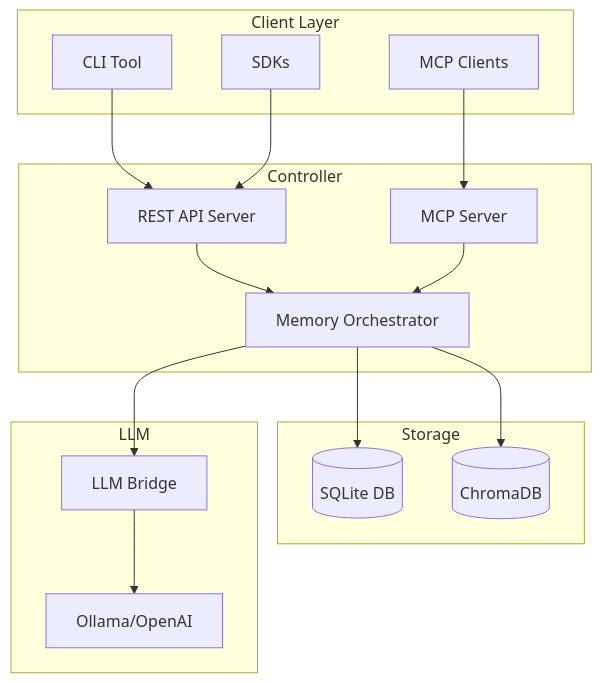
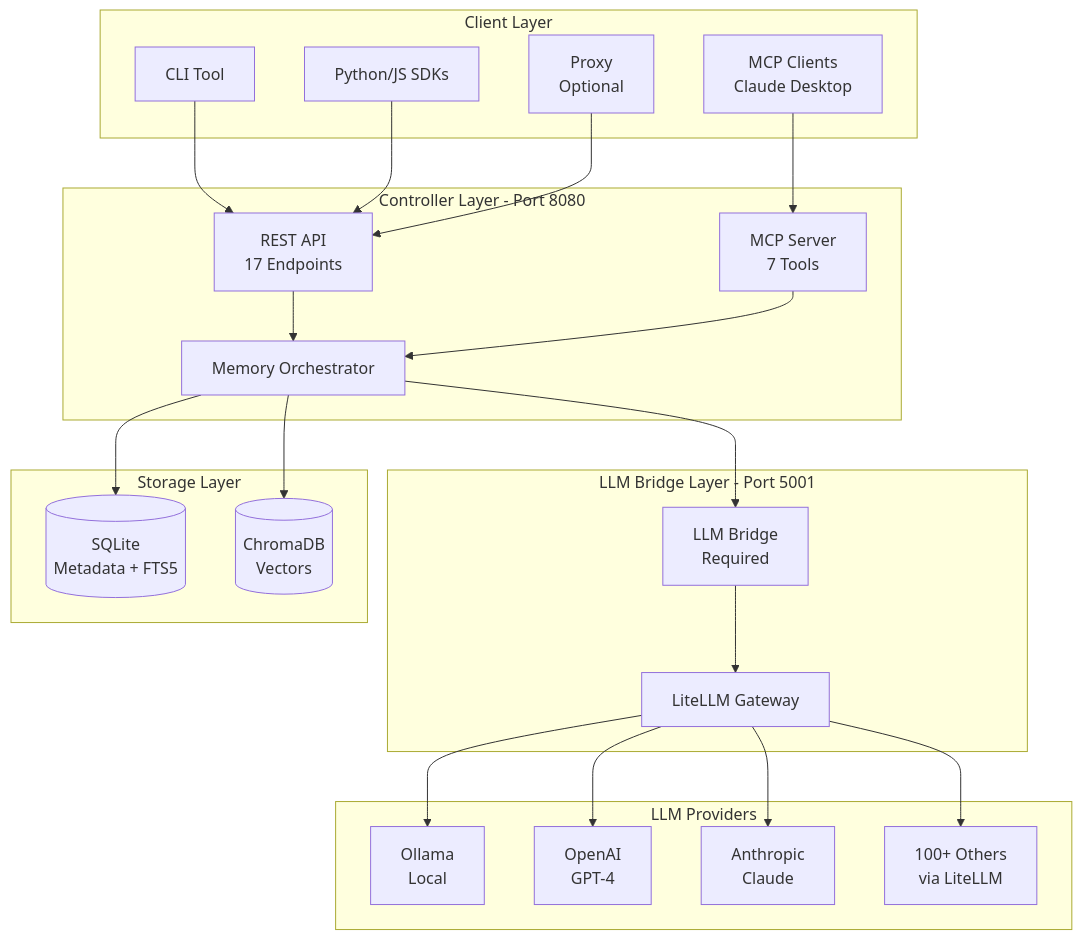
One commit to sekha-ai/sekha-website changed the first of 5 diagrams in docs/architecture/overview.md. Above: the diagram before and after it, drawn with Mermaid. The commit also changed other lines of this file, not shown here.

Commit message:
docs: update architecture overview with accurate component details from actual code

````diff
--- a/docs/architecture/overview.md
+++ b/docs/architecture/overview.md
@@ -7,37 +7,51 @@
 ```mermaid
 graph TB
-    subgraph Client Layer
+    subgraph "Client Layer"
         CLI[CLI Tool]
-        SDK[SDKs]
-        MCP[MCP Clients]
+        SDK[Python/JS SDKs]
+        MCP[MCP Clients<br/>Claude Desktop]
+        Proxy[Proxy<br/>Optional]
     end
     
-    subgraph Controller
-        API[REST API Server]
+    subgraph "Controller Layer - Port 8080"
+        REST[REST API<br/>17 Endpoints]
+        MCP_Server[MCP Server<br/>7 Tools]
         Orch[Memory Orchestrator]
-        MCP_S[MCP Server]
     end
     
-    subgraph Storage
-        SQLite[(SQLite DB)]
-        Chroma[(ChromaDB)]
+    subgraph "LLM Bridge Layer - Port 5001"
+        Bridge[LLM Bridge<br/>Required]
+        LiteLLM[LiteLLM Gateway]
     end
     
-    subgraph LLM
-        Bridge[LLM Bridge]
-        Ollama[Ollama/OpenAI]
+    subgraph "Storage Layer"
+        SQLite[(SQLite<br/>Metadata + FTS5)]
+        Chroma[(ChromaDB<br/>Vectors)]
     end
     
-    CLI --> API
-    SDK --> API
-    MCP --> MCP_S
+    subgraph "LLM Providers"
+        Ollama[Ollama<br/>Local]
+        OpenAI[OpenAI<br/>GPT-4]
+        Anthropic[Anthropic<br/>Claude]
+        Other[100+ Others<br/>via LiteLLM]
+    end
     
-    API --> Orch
-    MCP_S --> Orch
+    CLI --> REST
+    SDK --> REST
+    MCP --> MCP_Server
+    Proxy --> REST
+    
+    REST --> Orch
+    MCP_Server --> Orch
     
     Orch --> SQLite
     Orch --> Chroma
     Orch --> Bridge
     
-    Bridge --> Ollama
+    Bridge --> LiteLLM
+    
+    LiteLLM --> Ollama
+    LiteLLM --> OpenAI
+    LiteLLM --> Anthropic
+    LiteLLM --> Other
 ```
````
